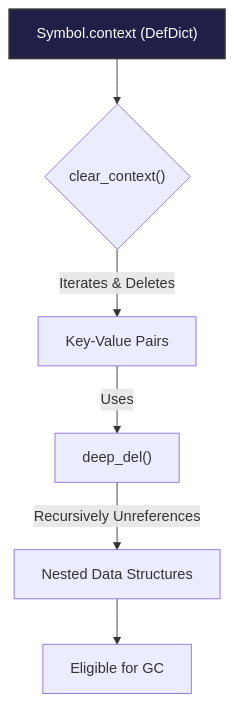
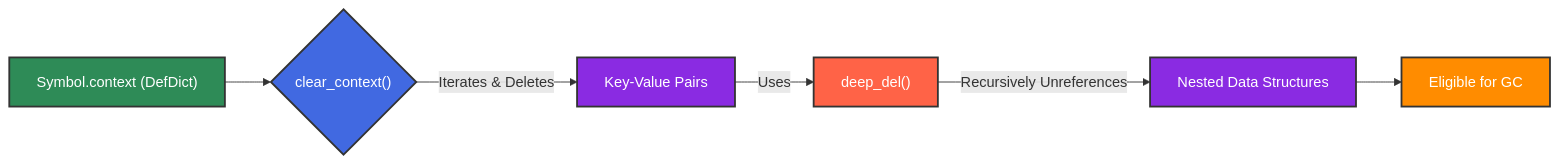
One commit to ikko/sym changed the second of 2 diagrams in docs/readme_details/10_memory_awareness/index.md. Above: the diagram before and after it, drawn with Mermaid. The commit also changed other lines of this file and 13 other files, not shown here.

````diff
--- a/docs/readme_details/10_memory_awareness/index.md
+++ b/docs/readme_details/10_memory_awareness/index.md
@@ -93,12 +95,16 @@
 ```mermaid
-graph TD
+
+graph LR
     A[Symbol.context &#40DefDict&#41] --> B{clear_context&#40&#41};
     B -- "Iterates & Deletes" --> C[Key-Value Pairs];
     C -- "Uses" --> D[deep_del&#40&#41];
     D -- "Recursively Unreferences" --> E[Nested Data Structures];
     E --> F[Eligible for GC];
 
-    style A fill:#201f47,stroke:#333,stroke-width:2px,color:#FFFFFF;
-
-    style A fill:#201f47,stroke:#333,stroke-width:2px,color:#FFFFFF;
+    style A fill:#2E8B57,stroke:#333,stroke-width:2px,color:#FFFFFF;
+    style B fill:#4169E1,stroke:#333,stroke-width:2px,color:#FFFFFF;
+    style C fill:#8A2BE2,stroke:#333,stroke-width:2px,color:#FFFFFF;
+    style D fill:#FF6347,stroke:#333,stroke-width:2px,color:#FFFFFF;
+    style E fill:#8A2BE2,stroke:#333,stroke-width:2px,color:#FFFFFF;
+    style F fill:#FF8C00,stroke:#333,stroke-width:2px,color:#FFFFFF;
 ```
````
